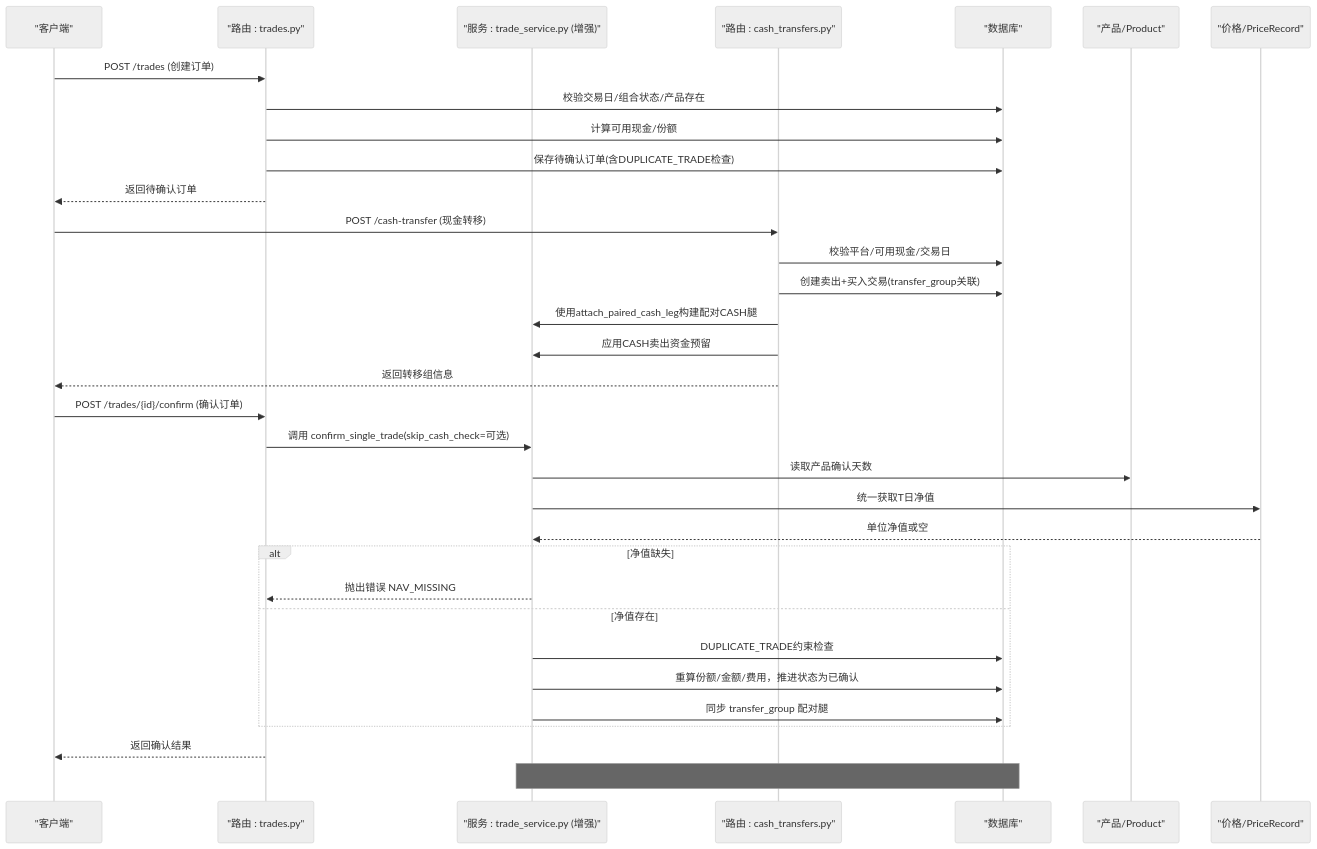
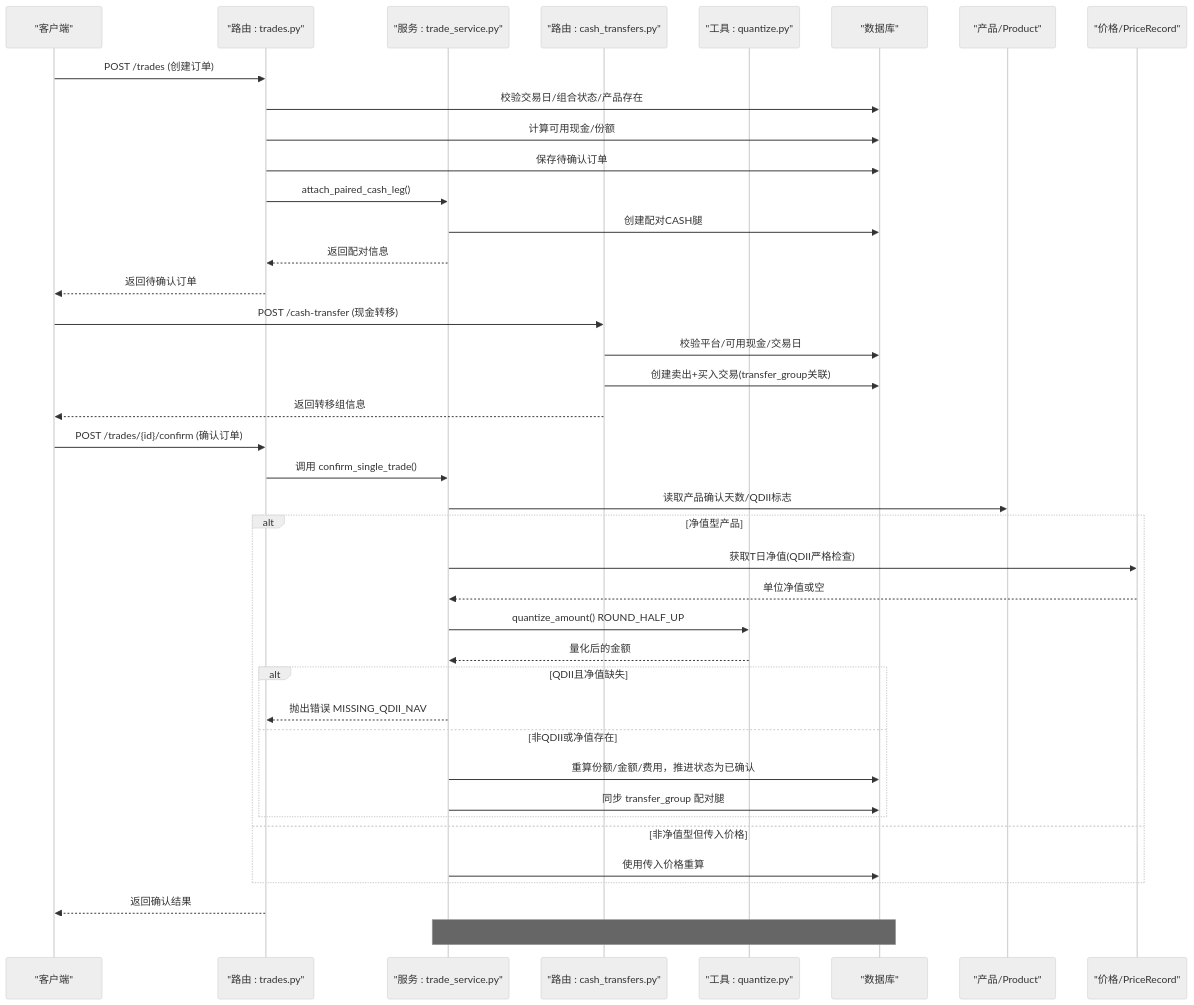
Before and after one commit to gujialind/InvestRing: the second of 15 diagrams in .qoder/repowiki/zh/content/核心业务功能/交易处理.md, drawn with Mermaid (neutral theme). The commit also changed other lines of this file and 65 other files, not shown here.

````diff
--- a/.qoder/repowiki/zh/content/核心业务功能/交易处理.md
+++ b/.qoder/repowiki/zh/content/核心业务功能/交易处理.md
@@ -163,35 +185,42 @@
 ```mermaid
 sequenceDiagram
 participant C as "客户端"
 participant R as "路由 : trades.py"
-participant ST as "服务 : trade_service.py (增强)"
+participant ST as "服务 : trade_service.py"
 participant RC as "路由 : cash_transfers.py"
+participant Q as "工具 : quantize.py"
 participant DB as "数据库"
 participant P as "产品/Product"
 participant PR as "价格/PriceRecord"
 C->>R : POST /trades (创建订单)
 R->>DB : 校验交易日/组合状态/产品存在
 R->>DB : 计算可用现金/份额
-R->>DB : 保存待确认订单(含DUPLICATE_TRADE检查)
+R->>DB : 保存待确认订单
+R->>ST : attach_paired_cash_leg()
+ST->>DB : 创建配对CASH腿
+ST-->>R : 返回配对信息
 R-->>C : 返回待确认订单
 C->>RC : POST /cash-transfer (现金转移)
 RC->>DB : 校验平台/可用现金/交易日
 RC->>DB : 创建卖出+买入交易(transfer_group关联)
-RC->>ST : 使用attach_paired_cash_leg构建配对CASH腿
-RC->>ST : 应用CASH卖出资金预留
 RC-->>C : 返回转移组信息
 C->>R : POST /trades/{id}/confirm (确认订单)
-R->>ST : 调用 confirm_single_trade(skip_cash_check=可选)
-ST->>P : 读取产品确认天数
-ST->>PR : 统一获取T日净值
+R->>ST : 调用 confirm_single_trade()
+ST->>P : 读取产品确认天数/QDII标志
+alt 净值型产品
+ST->>PR : 获取T日净值(QDII严格检查)
 PR-->>ST : 单位净值或空
-alt 净值缺失
-ST-->>R : 抛出错误 NAV_MISSING
-else 净值存在
-ST->>DB : DUPLICATE_TRADE约束检查
+ST->>Q : quantize_amount() ROUND_HALF_UP
+Q-->>ST : 量化后的金额
+alt QDII且净值缺失
+ST-->>R : 抛出错误 MISSING_QDII_NAV
+else 非QDII或净值存在
 ST->>DB : 重算份额/金额/费用，推进状态为已确认
 ST->>DB : 同步 transfer_group 配对腿
+end
+else 非净值型但传入价格
+ST->>DB : 使用传入价格重算
 end
 R-->>C : 返回确认结果
 Note over ST,DB : #37 使用 FOR UPDATE 锁和 savepoint 保证并发安全
 ```
````
